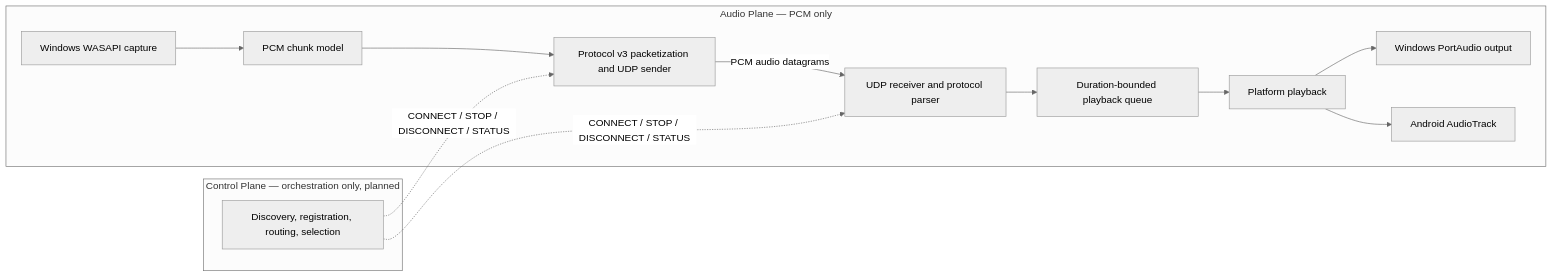
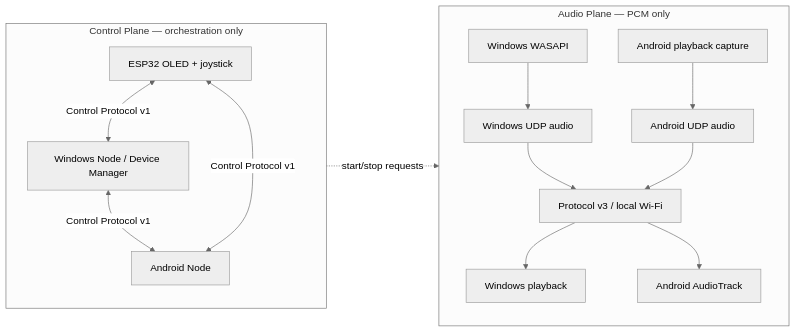
The diagram in README.md (ShahidShaikh308/AudioStreamer), drawn with Mermaid (neutral theme) before and after one commit. The commit also changed other lines of this file and 104 other files, not shown here.

````diff
--- a/README.md
+++ b/README.md
@@ -24,17 +24,20 @@
 ```mermaid
 flowchart LR
-  subgraph AUDIO_PLANE[Audio Plane — PCM only]
-    W[Windows WASAPI capture] --> M[PCM chunk model]
-    M --> S[Protocol v3 packetization and UDP sender]
-    S -->|PCM audio datagrams| R[UDP receiver and protocol parser]
-    R --> Q[Duration-bounded playback queue]
-    Q --> AT[Platform playback]
-    AT --> WP[Windows PortAudio output]
-    AT --> ANDROID_TRACK[Android AudioTrack]
+  subgraph AUDIO[Audio Plane — PCM only]
+    WC[Windows WASAPI] --> WA[Windows UDP audio]
+    AA[Android playback capture] --> AN[Android UDP audio]
+    WA --> AP[Protocol v3 / local Wi-Fi]
+    AN --> AP
+    AP --> WP[Windows playback]
+    AP --> AT[Android AudioTrack]
   end
-  subgraph CP[Control Plane — orchestration only, planned]
-    D[Discovery, registration, routing, selection]
+  subgraph CONTROL[Control Plane — orchestration only]
+    WM[Windows Node / Device Manager]
+    AND[Android Node]
+    ESP[ESP32 OLED + joystick]
+    WM <-->|Control Protocol v1| AND
+    ESP <-->|Control Protocol v1| WM
+    ESP <-->|Control Protocol v1| AND
   end
-  D -. CONNECT / STOP / DISCONNECT / STATUS .-> S
-  D -. CONNECT / STOP / DISCONNECT / STATUS .-> R
+  CONTROL -. start/stop requests .-> AUDIO
 ```
````
